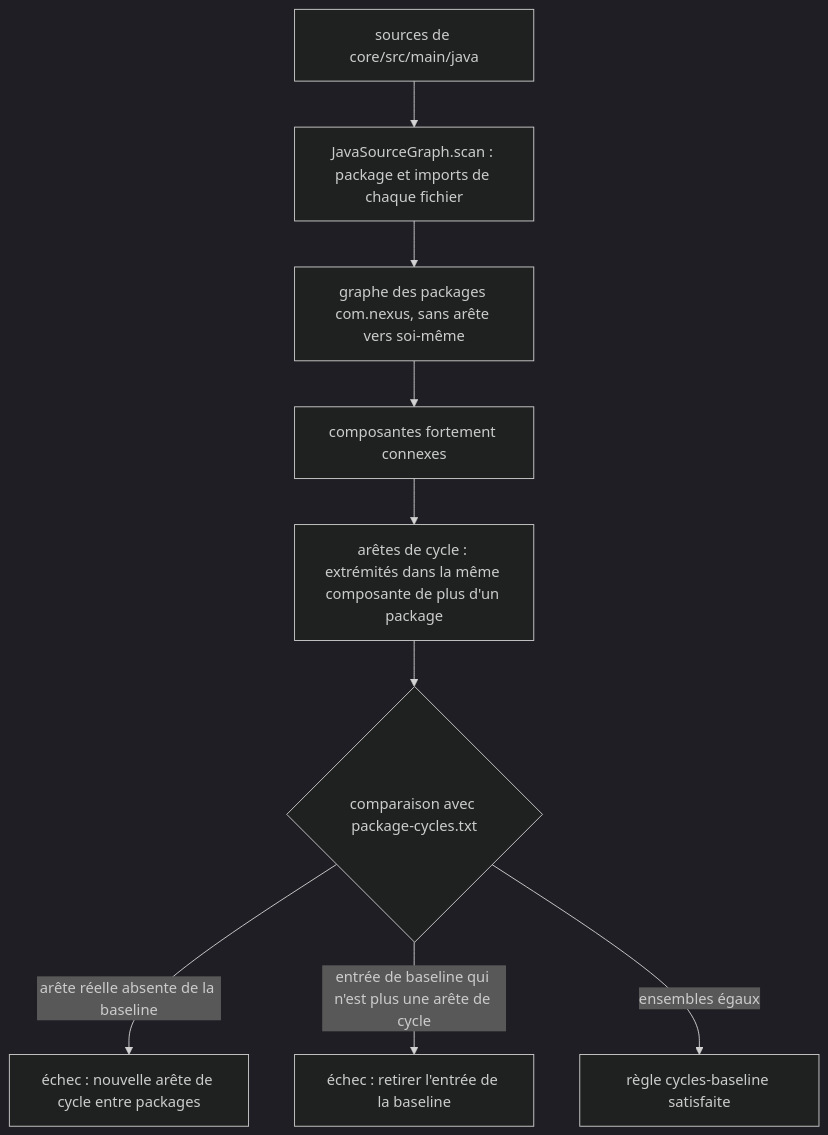
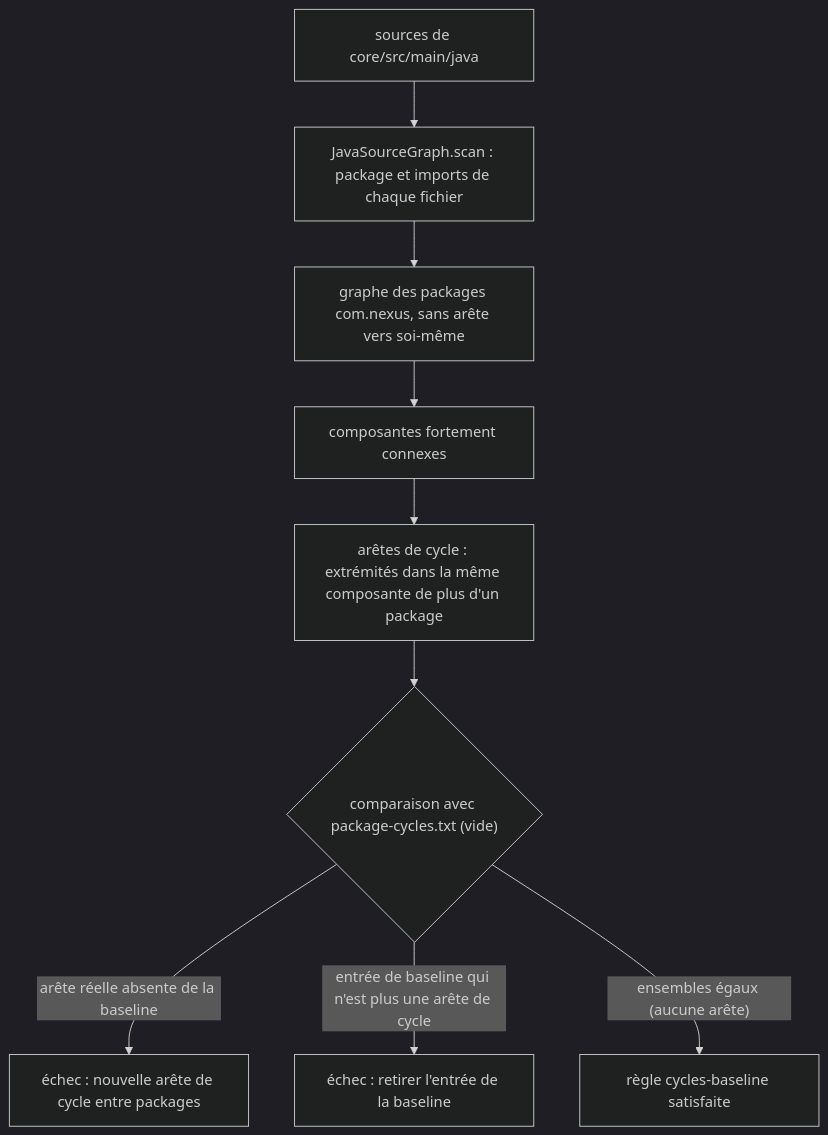
Before and after one commit to FTurleque/nexus-context-engine: the third of 3 diagrams in docs/developer/architecture-implementation.md, drawn with Mermaid (dark theme). The commit also changed other lines of this file and 8 other files, not shown here.

First line of the commit message:
docs(architecture): vue des packages du coeur et règles de sens (AUD-ARC-01)

````diff
--- a/docs/developer/architecture-implementation.md
+++ b/docs/developer/architecture-implementation.md
@@ -360,11 +374,11 @@
 ```mermaid
 flowchart TD
     S["sources de core/src/main/java"] --> P["JavaSourceGraph.scan : package et imports de chaque fichier"]
     P --> G["graphe des packages com.nexus, sans arête vers soi-même"]
     G --> C["composantes fortement connexes"]
     C --> E["arêtes de cycle : extrémités dans la même composante de plus d'un package"]
-    E --> D{"comparaison avec package-cycles.txt"}
+    E --> D{"comparaison avec package-cycles.txt (vide)"}
     D -- "arête réelle absente de la baseline" --> F1["échec : nouvelle arête de cycle entre packages"]
     D -- "entrée de baseline qui n'est plus une arête de cycle" --> F2["échec : retirer l'entrée de la baseline"]
-    D -- "ensembles égaux" --> OK["règle cycles-baseline satisfaite"]
+    D -- "ensembles égaux (aucune arête)" --> OK["règle cycles-baseline satisfaite"]
 ```
````
